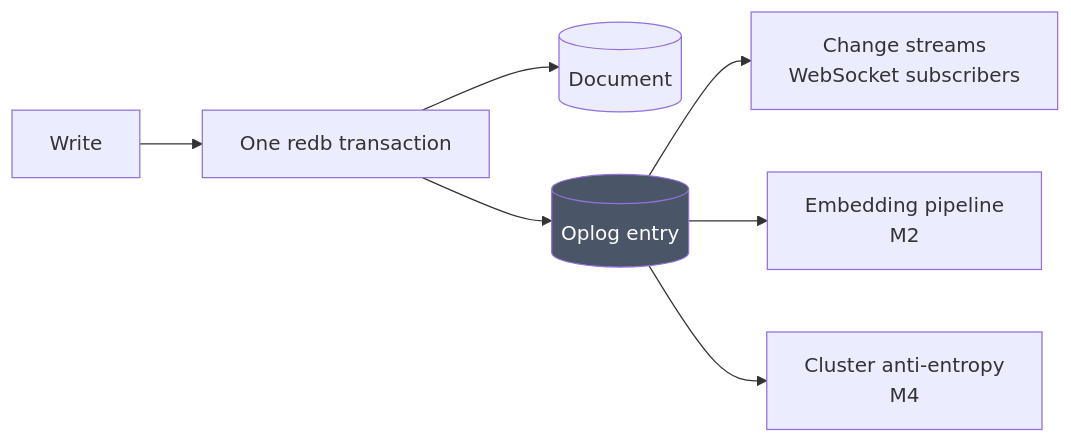
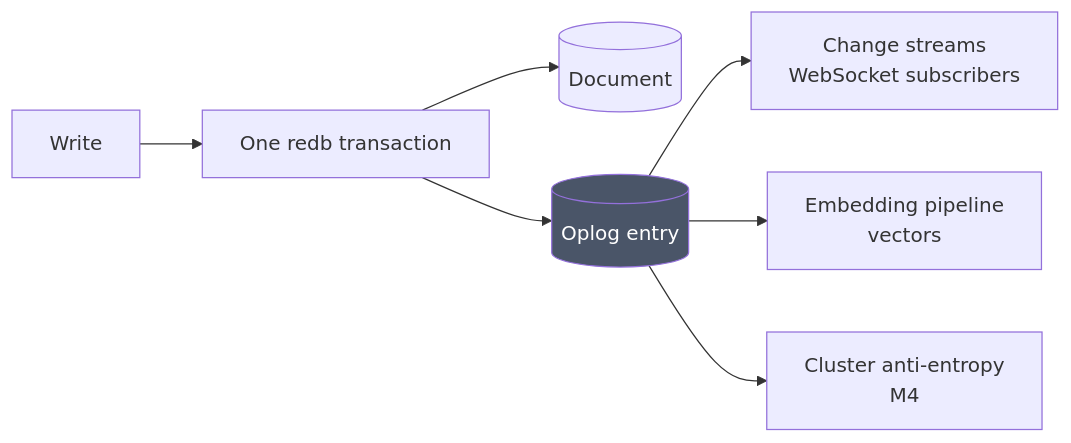
Before and after one commit to titusai-io/kimmydb: the second of 2 diagrams in docs/README.md, drawn with Mermaid. The commit also changed other lines of this file and 22 other files, not shown here.

````diff
--- a/docs/README.md
+++ b/docs/README.md
@@ -118,12 +125,12 @@
 ```mermaid
 graph LR
     W[Write] --> T[One redb transaction]
     T --> D[(Document)]
     T --> O[(Oplog entry)]
 
     O --> CS[Change streams<br/>WebSocket subscribers]
-    O --> EM[Embedding pipeline<br/>M2]
+    O --> EM[Embedding pipeline<br/>vectors]
     O --> AE[Cluster anti-entropy<br/>M4]
 
     style O fill:#4a5568,color:#fff
 ```
````
